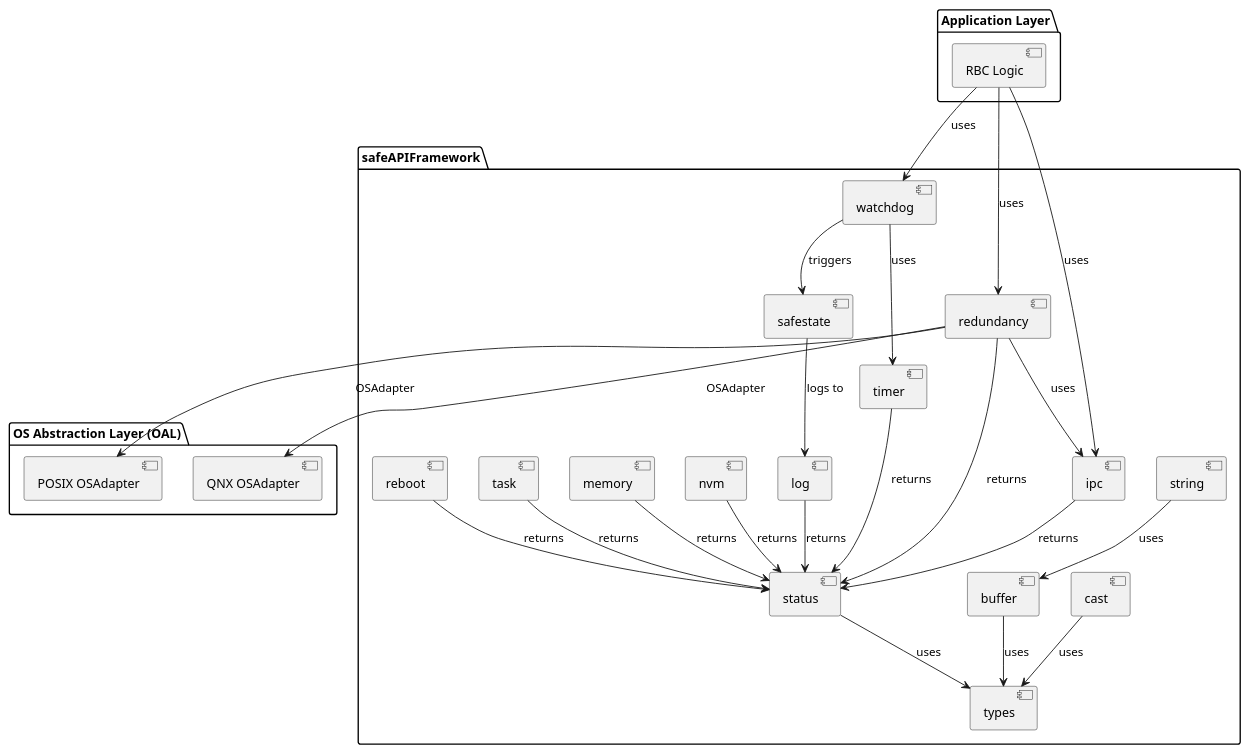
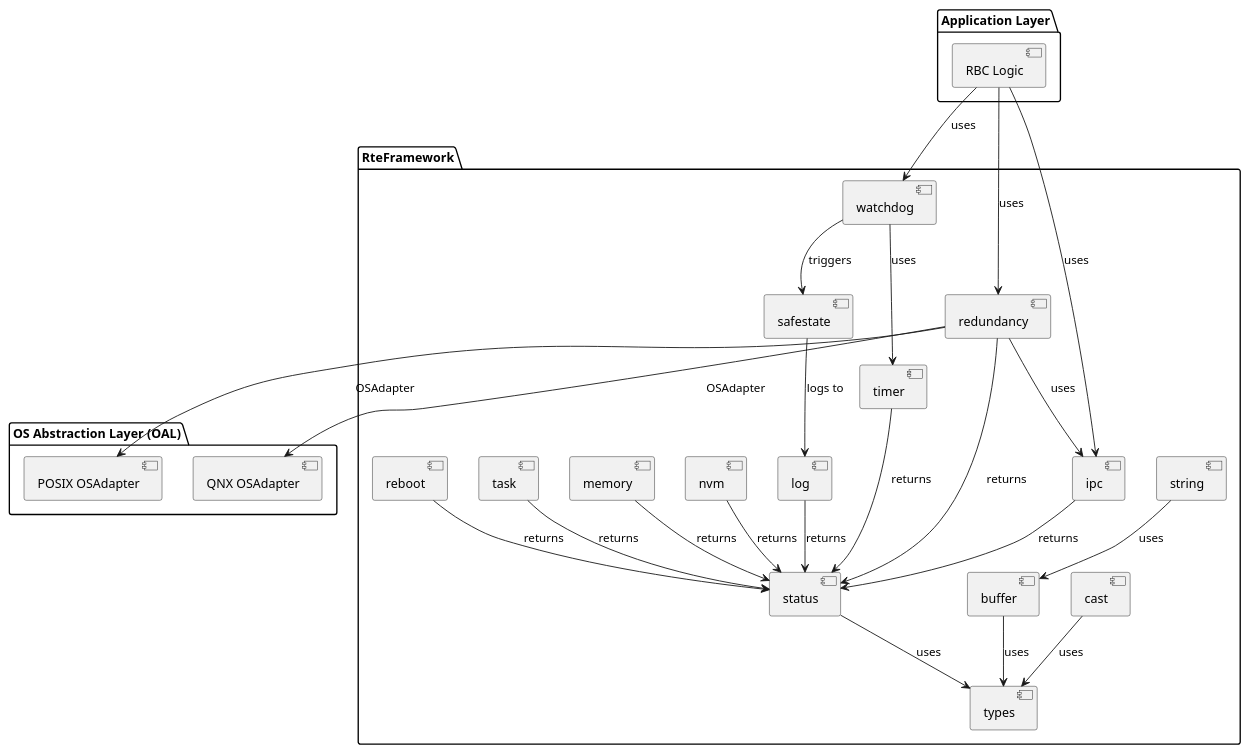
The first of 11 diagrams in docs/architecture/DIAGRAMS_GUIDE.md (bula173/Platform_RTE), drawn with PlantUML before and after one commit. The commit also changed other lines of this file and 339 other files, not shown here.

````diff
--- a/docs/architecture/DIAGRAMS_GUIDE.md
+++ b/docs/architecture/DIAGRAMS_GUIDE.md
@@ -62,63 +62,63 @@
 ```plantuml
 @startuml component-sapiframework
 skinparam componentStyle uml2
 
-package "safeAPIFramework" {
+package "RteFramework" {
     component [status] as status_mod
     component [types] as types_mod
     component [buffer] as buffer_mod
     component [cast] as cast_mod
     component [safestate] as safestate_mod
     component [string] as string_mod
     
     component [timer] as timer_mod
     component [nvm] as nvm_mod
     component [memory] as memory_mod
     component [task] as task_mod
     component [ipc] as ipc_mod
     component [log] as log_mod
     component [reboot] as reboot_mod
     
     component [redundancy] as redundancy_mod
     component [watchdog] as watchdog_mod
 }
 
 package "Application Layer" {
     component [RBC Logic] as rbc_app
 }
 
 package "OS Abstraction Layer (OAL)" {
     component [POSIX OSAdapter] as posix_osadapter
     component [QNX OSAdapter] as qnx_osadapter
 }
 
 ' Dependencies
 status_mod --> types_mod : uses
 buffer_mod --> types_mod : uses
 cast_mod --> types_mod : uses
 string_mod --> buffer_mod : uses
 safestate_mod --> log_mod : logs to
 
 timer_mod --> status_mod : returns
 nvm_mod --> status_mod : returns
 memory_mod --> status_mod : returns
 task_mod --> status_mod : returns
 ipc_mod --> status_mod : returns
 log_mod --> status_mod : returns
 reboot_mod --> status_mod : returns
 
 redundancy_mod --> ipc_mod : uses
 redundancy_mod --> status_mod : returns
 
 watchdog_mod --> timer_mod : uses
 watchdog_mod --> safestate_mod : triggers
 
 rbc_app --> redundancy_mod : uses
 rbc_app --> watchdog_mod : uses
 rbc_app --> ipc_mod : uses
 
 redundancy_mod --> posix_osadapter : OSAdapter
 redundancy_mod --> qnx_osadapter : OSAdapter
 
 @enduml
 ```
````
